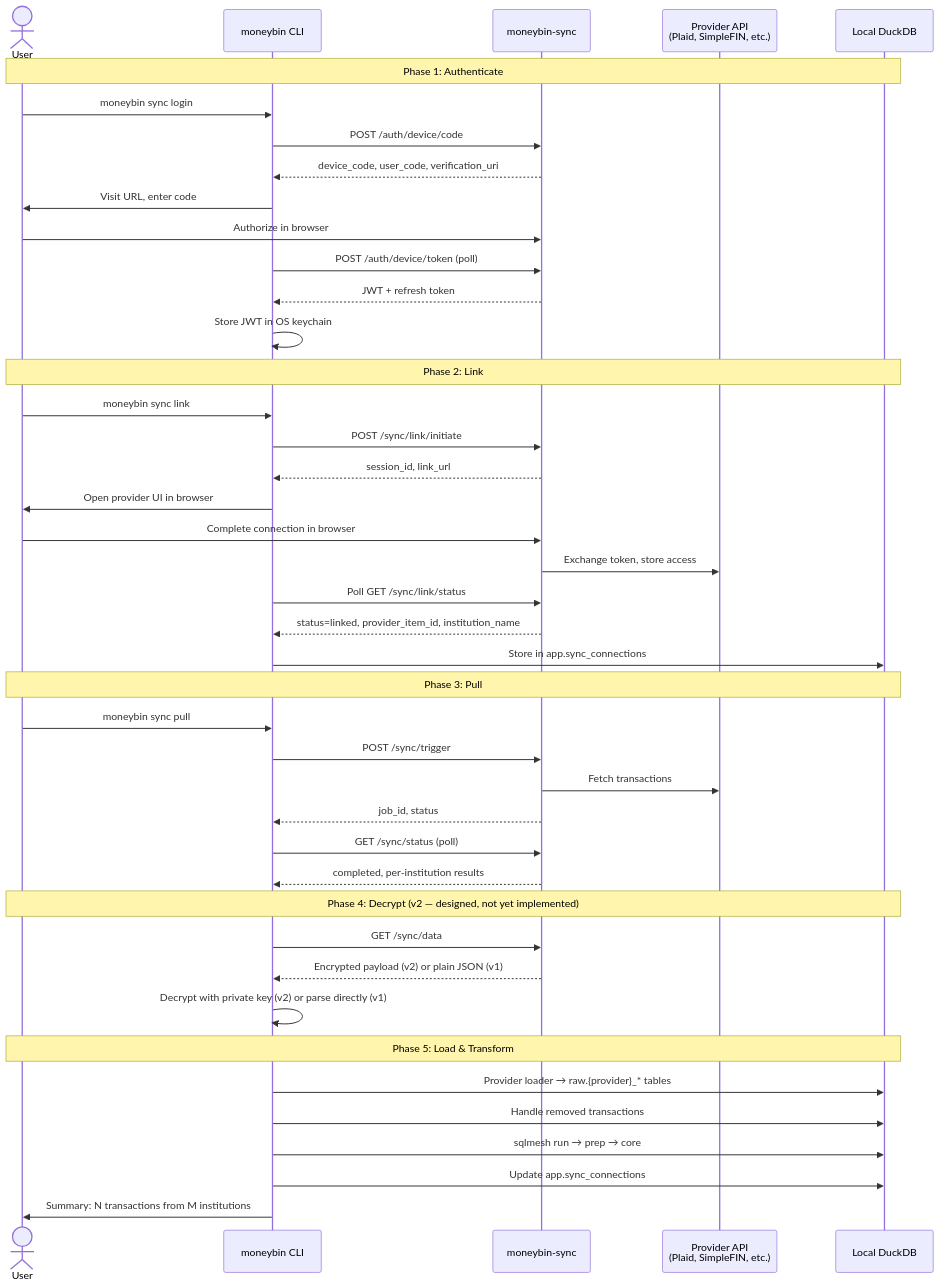
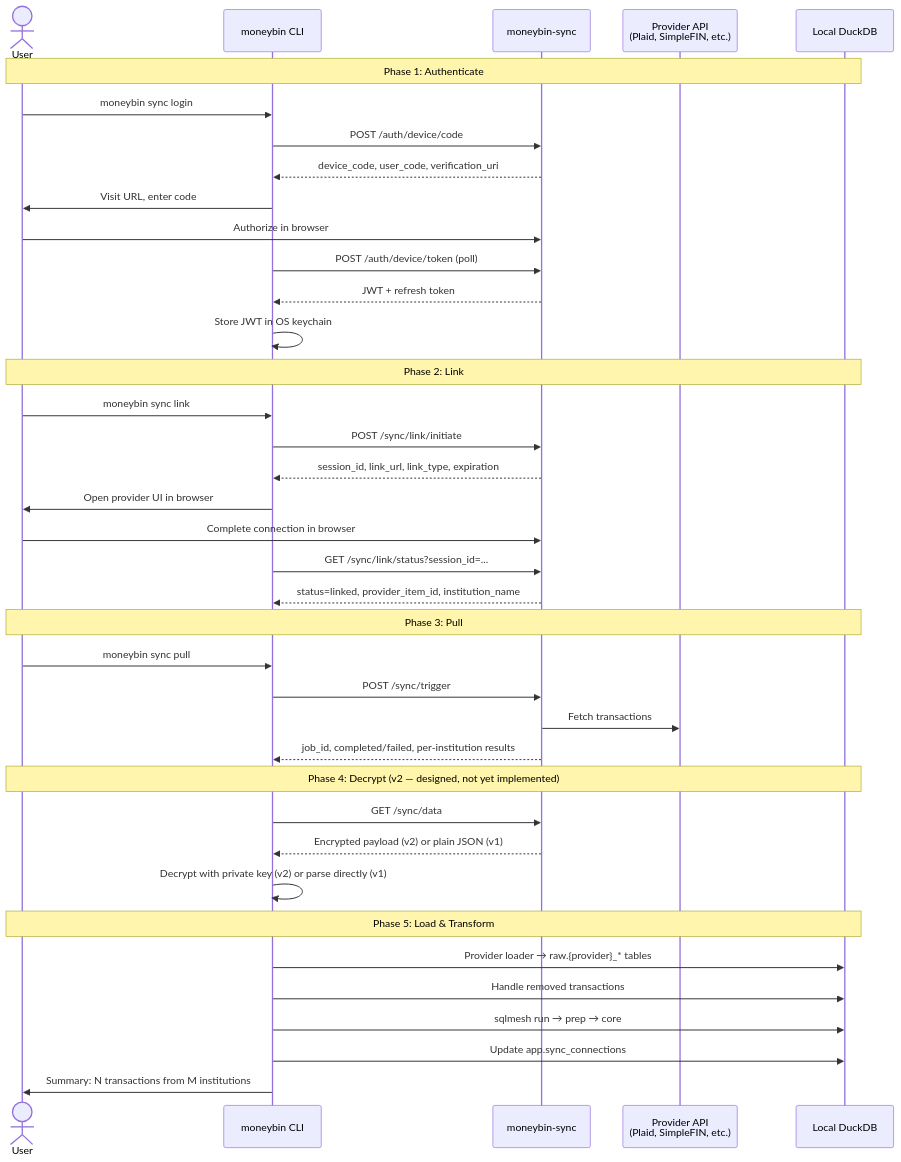
The first of 2 diagrams in docs/specs/sync-overview.md (bsaffel/moneybin), drawn with Mermaid before and after one commit. The commit also changed other lines of this file and 5 other files, not shown here.

````diff
--- a/docs/specs/sync-overview.md
+++ b/docs/specs/sync-overview.md
@@ -68,49 +68,45 @@
 ```mermaid
 sequenceDiagram
     actor User
     participant CLI as moneybin CLI
     participant Server as moneybin-sync
     participant Provider as Provider API<br/>(Plaid, SimpleFIN, etc.)
     participant DB as Local DuckDB
 
     Note over User,DB: Phase 1: Authenticate
     User->>CLI: moneybin sync login
     CLI->>Server: POST /auth/device/code
     Server-->>CLI: device_code, user_code, verification_uri
     CLI->>User: Visit URL, enter code
     User->>Server: Authorize in browser
     CLI->>Server: POST /auth/device/token (poll)
     Server-->>CLI: JWT + refresh token
     CLI->>CLI: Store JWT in OS keychain
 
     Note over User,DB: Phase 2: Link
     User->>CLI: moneybin sync link
     CLI->>Server: POST /sync/link/initiate
-    Server-->>CLI: session_id, link_url
+    Server-->>CLI: session_id, link_url, link_type, expiration
     CLI->>User: Open provider UI in browser
     User->>Server: Complete connection in browser
-    Server->>Provider: Exchange token, store access
-    CLI->>Server: Poll GET /sync/link/status
+    CLI->>Server: GET /sync/link/status?session_id=...
     Server-->>CLI: status=linked, provider_item_id, institution_name
-    CLI->>DB: Store in app.sync_connections
 
     Note over User,DB: Phase 3: Pull
     User->>CLI: moneybin sync pull
     CLI->>Server: POST /sync/trigger
     Server->>Provider: Fetch transactions
-    Server-->>CLI: job_id, status
-    CLI->>Server: GET /sync/status (poll)
-    Server-->>CLI: completed, per-institution results
+    Server-->>CLI: job_id, completed/failed, per-institution results
 
     Note over User,DB: Phase 4: Decrypt (v2 — designed, not yet implemented)
     CLI->>Server: GET /sync/data
     Server-->>CLI: Encrypted payload (v2) or plain JSON (v1)
     CLI->>CLI: Decrypt with private key (v2) or parse directly (v1)
 
     Note over User,DB: Phase 5: Load & Transform
     CLI->>DB: Provider loader → raw.{provider}_* tables
     CLI->>DB: Handle removed transactions
     CLI->>DB: sqlmesh run → prep → core
     CLI->>DB: Update app.sync_connections
     CLI->>User: Summary: N transactions from M institutions
 ```
````
